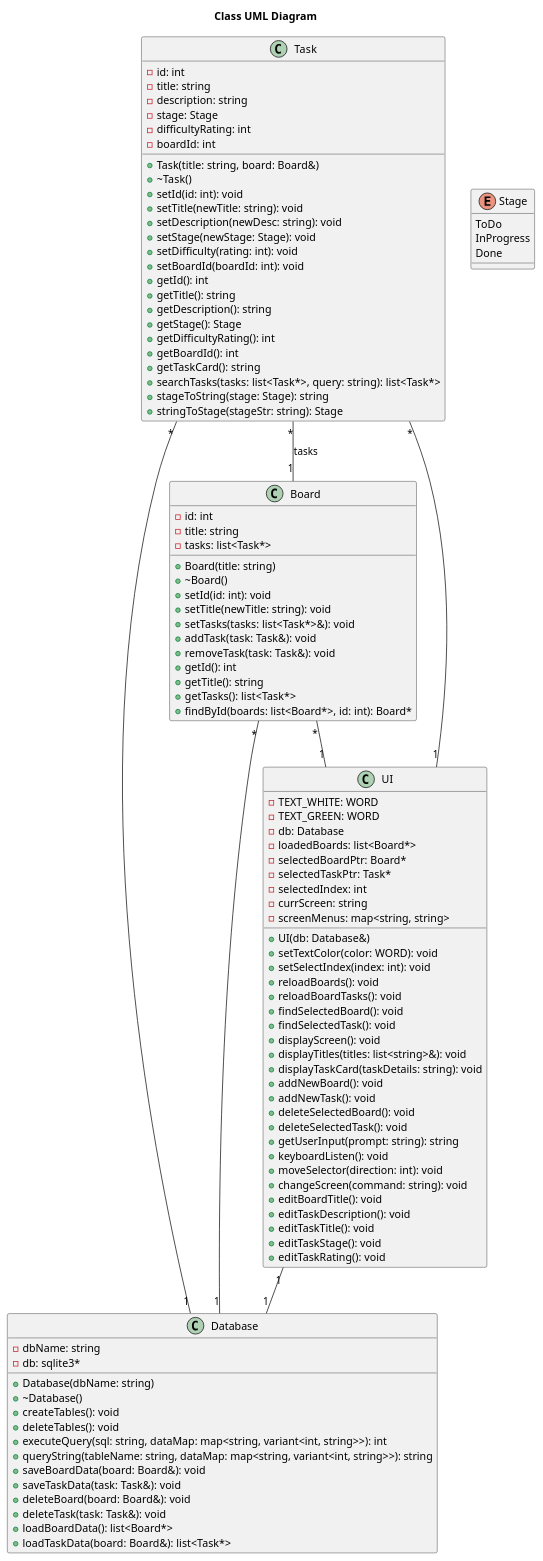
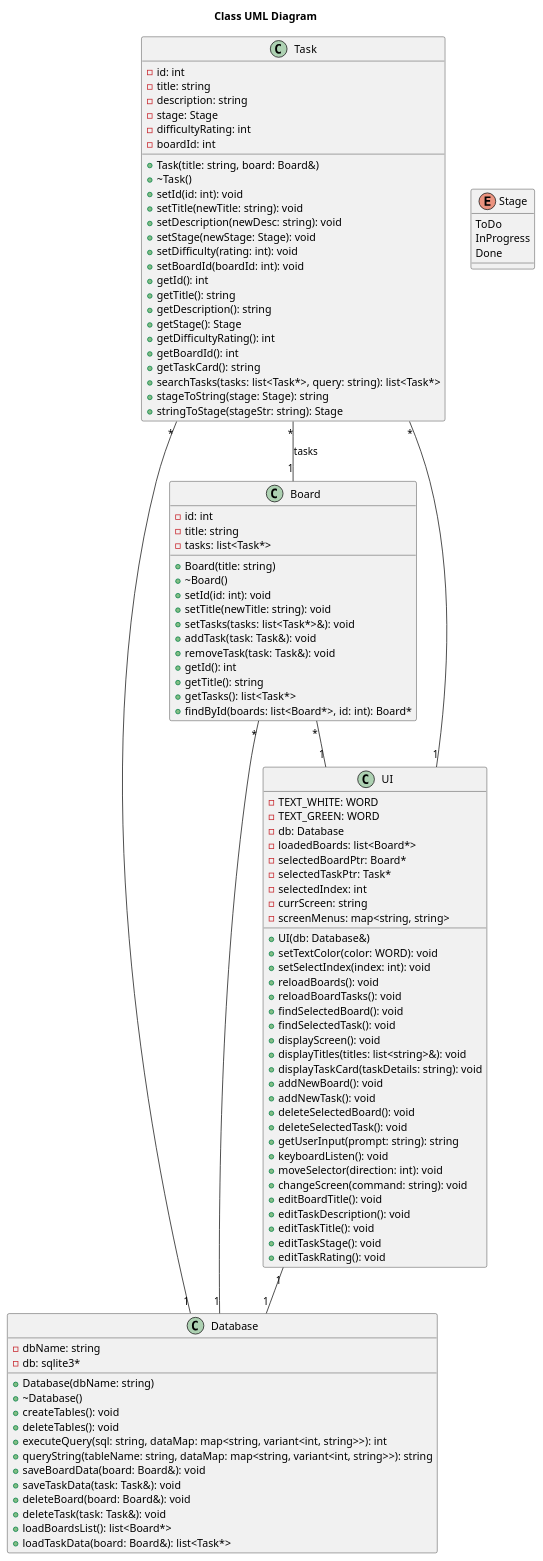
The diagram in diagrams/classUML.puml (travisformayor/cli_kanban), drawn with PlantUML before and after one commit. The commit also changed 3 other files, not shown here.

```diff
--- a/diagrams/classUML.puml
+++ b/diagrams/classUML.puml
@@ -1,114 +1,114 @@
 @startuml classUML
 
 title Class UML Diagram
 
 Task "*" -- "1" Board : tasks
 Task "*" -- "1" Database
 Board "*" -- "1" Database
 Board "*" -- "1" UI
 Task "*" -- "1" UI
 UI "1" -- "1" Database
 
 enum Stage {
   ToDo
   InProgress
   Done
 }
 
 class Task {
   -id: int
   -title: string
   -description: string
   -stage: Stage
   -difficultyRating: int
   -boardId: int
   +Task(title: string, board: Board&)
   +~Task()
   +setId(id: int): void
   +setTitle(newTitle: string): void
   +setDescription(newDesc: string): void
   +setStage(newStage: Stage): void
   +setDifficulty(rating: int): void
   +setBoardId(boardId: int): void
   +getId(): int
   +getTitle(): string
   +getDescription(): string
   +getStage(): Stage
   +getDifficultyRating(): int
   +getBoardId(): int
   +getTaskCard(): string
   +searchTasks(tasks: list<Task*>, query: string): list<Task*>
   +stageToString(stage: Stage): string
   +stringToStage(stageStr: string): Stage
 }
 
 class Board {
   -id: int
   -title: string
   -tasks: list<Task*>
   +Board(title: string)
   +~Board()
   +setId(id: int): void
   +setTitle(newTitle: string): void
   +setTasks(tasks: list<Task*>&): void
   +addTask(task: Task&): void
   +removeTask(task: Task&): void
   +getId(): int
   +getTitle(): string
   +getTasks(): list<Task*>
   +findById(boards: list<Board*>, id: int): Board*
 }
 
 class UI {
   -TEXT_WHITE: WORD
   -TEXT_GREEN: WORD
   -db: Database
   -loadedBoards: list<Board*>
   -selectedBoardPtr: Board*
   -selectedTaskPtr: Task*
   -selectedIndex: int
   -currScreen: string
   -screenMenus: map<string, string>
   +UI(db: Database&)
   +setTextColor(color: WORD): void
   +setSelectIndex(index: int): void
   +reloadBoards(): void
   +reloadBoardTasks(): void
   +findSelectedBoard(): void
   +findSelectedTask(): void
   +displayScreen(): void
   +displayTitles(titles: list<string>&): void
   +displayTaskCard(taskDetails: string): void
   +addNewBoard(): void
   +addNewTask(): void
   +deleteSelectedBoard(): void
   +deleteSelectedTask(): void
   +getUserInput(prompt: string): string
   +keyboardListen(): void
   +moveSelector(direction: int): void
   +changeScreen(command: string): void
   +editBoardTitle(): void
   +editTaskDescription(): void
   +editTaskTitle(): void
   +editTaskStage(): void
   +editTaskRating(): void
 }
 
 class Database {
   -dbName: string
   -db: sqlite3*
   +Database(dbName: string)
   +~Database()
   +createTables(): void
   +deleteTables(): void
   +executeQuery(sql: string, dataMap: map<string, variant<int, string>>): int
   +queryString(tableName: string, dataMap: map<string, variant<int, string>>): string
   +saveBoardData(board: Board&): void
   +saveTaskData(task: Task&): void
   +deleteBoard(board: Board&): void
   +deleteTask(task: Task&): void
-  +loadBoardData(): list<Board*>
+  +loadBoardsList(): list<Board*>
   +loadTaskData(board: Board&): list<Task*>
 }
 
 @enduml
```
